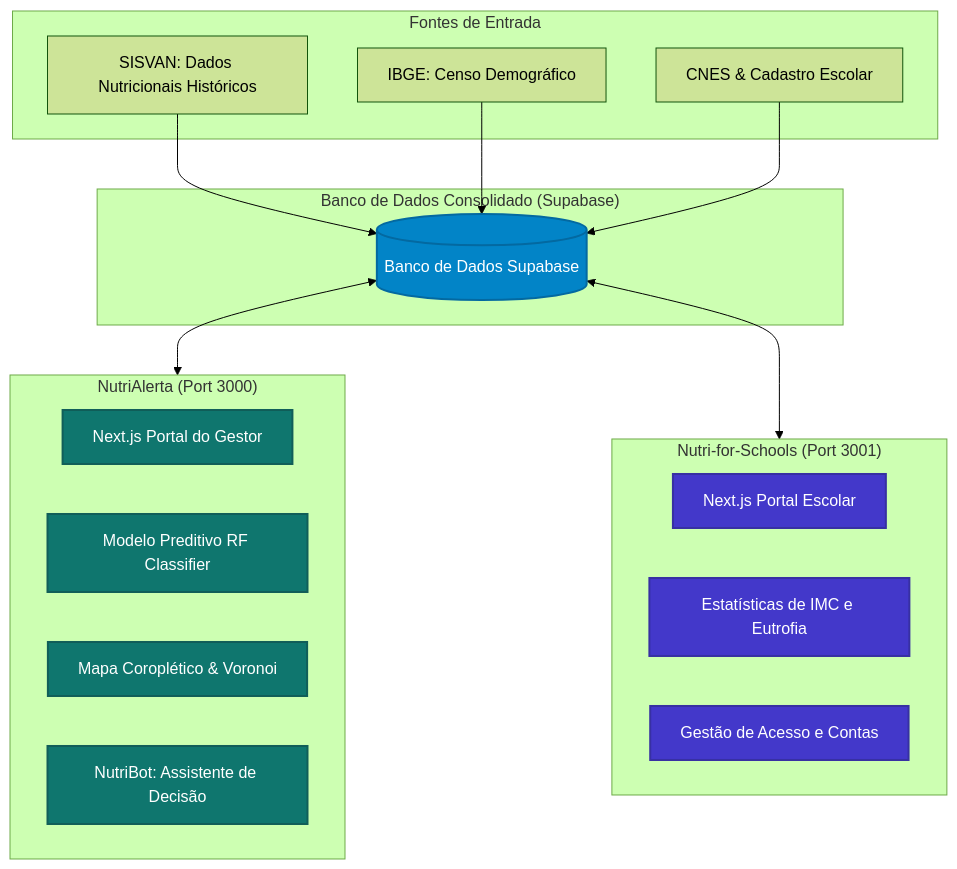
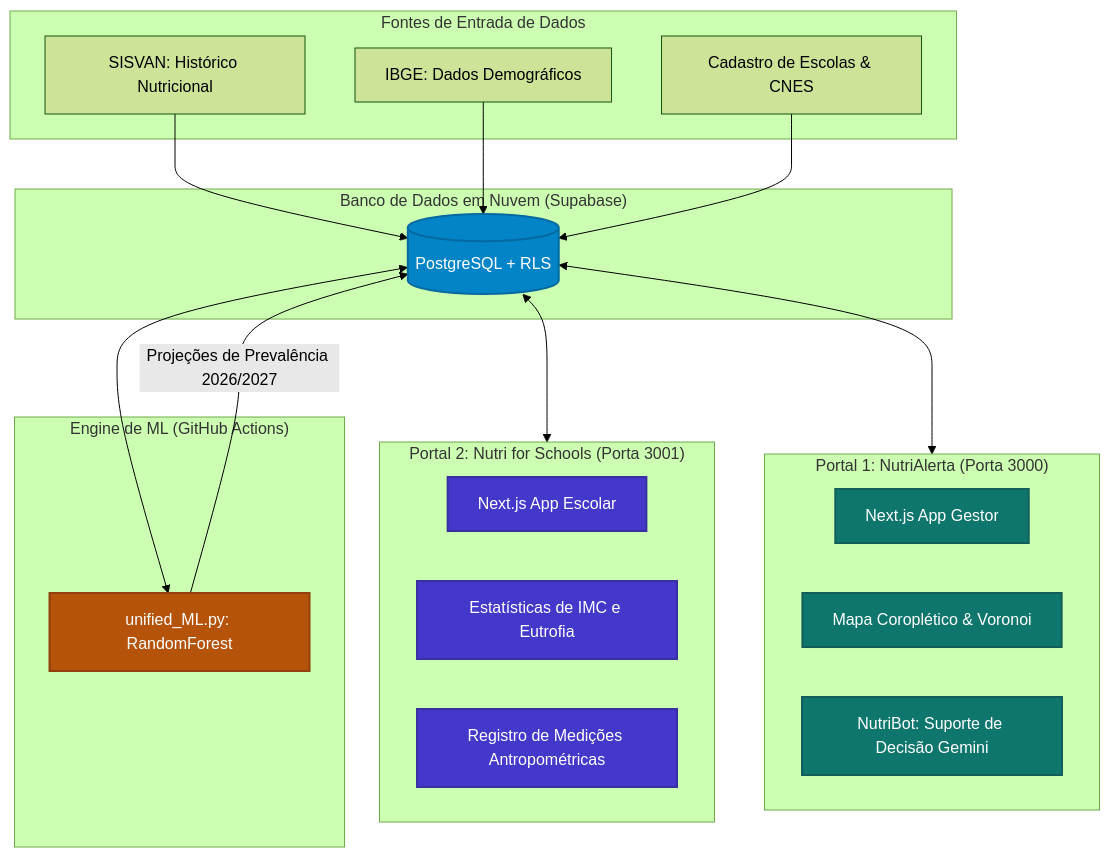
One commit to nathanscremin/NutriAlerta changed the diagram in README.md. Above: the diagram before and after it, drawn with Mermaid (forest theme). The commit also changed other lines of this file and 1 other file, not shown here.

Commit message:
style: reformata o README principal com badges premium e estende o gitignore para monorepo Next.js/Python

````diff
--- a/README.md
+++ b/README.md
@@ -26,40 +23,47 @@
 ```mermaid
 graph TD
-    subgraph Fontes ["Fontes de Entrada"]
-        SISVAN[SISVAN: Dados Nutricionais Históricos]
-        Censo[IBGE: Censo Demográfico]
-        Escolas[CNES & Cadastro Escolar]
+    subgraph Fontes ["Fontes de Entrada de Dados"]
+        SISVAN[SISVAN: Histórico Nutricional]
+        Censo[IBGE: Dados Demográficos]
+        Escolas[Cadastro de Escolas & CNES]
     end
 
-    subgraph Core ["Banco de Dados Consolidado (Supabase)"]
-        DB[(Banco de Dados Supabase)]
+    subgraph Core ["Banco de Dados em Nuvem (Supabase)"]
+        DB[(PostgreSQL + RLS)]
     end
 
-    subgraph App1 ["NutriAlerta (Port 3000)"]
-        NA_App[Next.js Portal do Gestor]
-        Model[Modelo Preditivo RF Classifier]
+    subgraph App1 ["Portal 1: NutriAlerta (Porta 3000)"]
+        NA_App[Next.js App Gestor]
         Map[Mapa Coroplético & Voronoi]
-        Bot[NutriBot: Assistente de Decisão]
+        Bot[NutriBot: Suporte de Decisão Gemini]
     end
 
-    subgraph App2 ["Nutri-for-Schools (Port 3001)"]
-        NFS_App[Next.js Portal Escolar]
+    subgraph App2 ["Portal 2: Nutri for Schools (Porta 3001)"]
+        NFS_App[Next.js App Escolar]
         Stats[Estatísticas de IMC e Eutrofia]
-        Auth[Gestão de Acesso e Contas]
+        Auth[Registro de Medições Antropométricas]
+    end
+
+    subgraph AI ["Engine de ML (GitHub Actions)"]
+        Model[unified_ML.py: RandomForest]
     end
 
     SISVAN --> DB
     Censo --> DB
     Escolas --> DB
 
     DB <--> App1
     DB <--> App2
+    DB <--> Model
+    Model -->|Projeções de Prevalência 2026/2027| DB
 
     classDef app1 fill:#0f766e,stroke:#115e59,color:#fff,stroke-width:2px;
     classDef app2 fill:#4338ca,stroke:#3730a3,color:#fff,stroke-width:2px;
     classDef db fill:#0284c7,stroke:#0369a1,color:#fff,stroke-width:2px;
+    classDef ai fill:#b45309,stroke:#92400e,color:#fff,stroke-width:2px;
     
-    class NA_App,Model,Map,Bot app1;
+    class NA_App,Map,Bot app1;
     class NFS_App,Stats,Auth app2;
     class DB db;
+    class Model ai;
 ```
````
